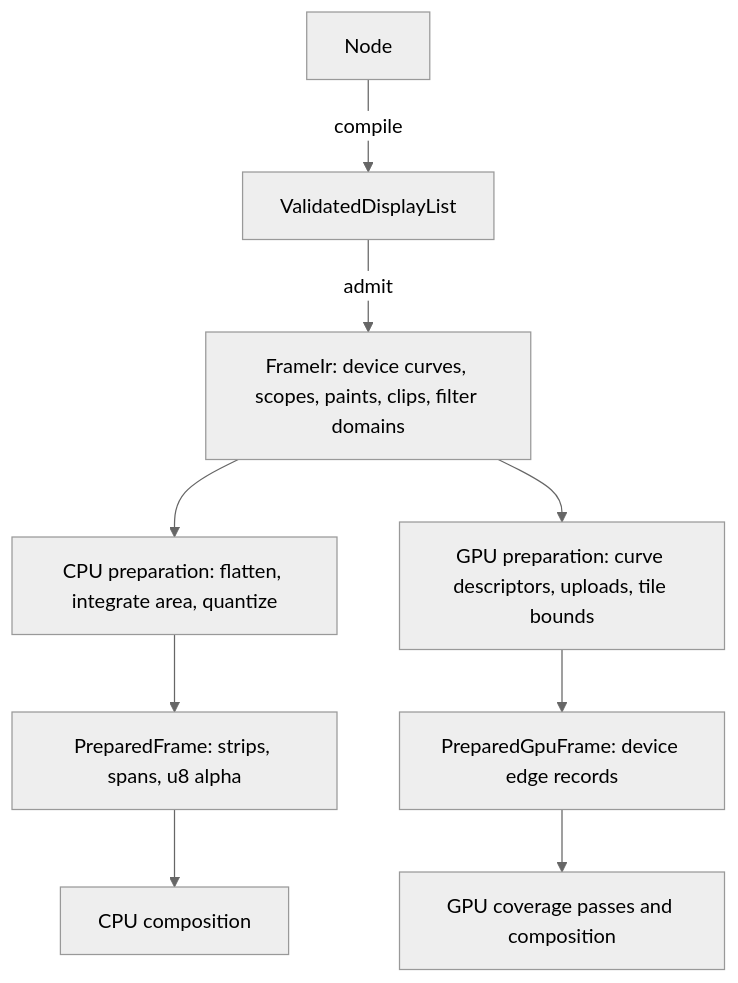
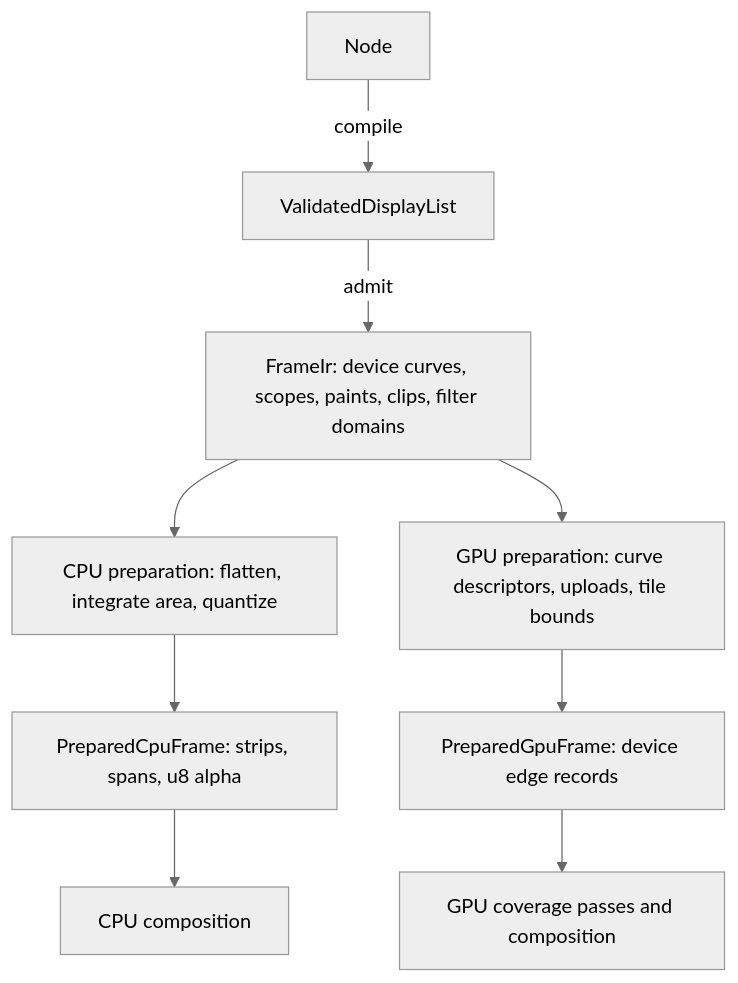
Before and after one commit to motion-rs/motion-rs: the first of 12 diagrams in docs/design/rendering.md, drawn with Mermaid (neutral theme). The commit also changed other lines of this file and 61 other files, not shown here.

````diff
--- a/docs/design/rendering.md
+++ b/docs/design/rendering.md
@@ -19,11 +19,11 @@
 ```mermaid
 flowchart TD
     Node["Node"] -->|compile| List["ValidatedDisplayList"]
     List -->|admit| IR["FrameIr: device curves, scopes, paints, clips, filter domains"]
     IR --> CPUPrep["CPU preparation: flatten, integrate area, quantize"]
     IR --> GPUPrep["GPU preparation: curve descriptors, uploads, tile bounds"]
-    CPUPrep --> Prepared["PreparedFrame: strips, spans, u8 alpha"]
+    CPUPrep --> Prepared["PreparedCpuFrame: strips, spans, u8 alpha"]
     GPUPrep --> GpuFrame["PreparedGpuFrame: device edge records"]
     Prepared --> CPUComp["CPU composition"]
     GpuFrame --> GPUComp["GPU coverage passes and composition"]
 ```
````
